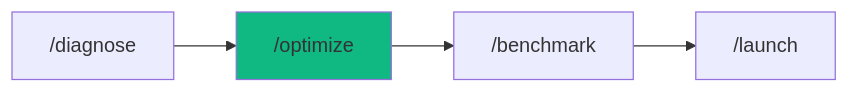
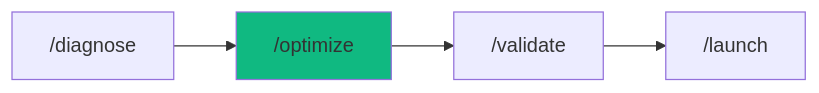
The diagram in .agent/workflows/optimize.md (pikakit/agent-skills), drawn with Mermaid before and after one commit. The commit also changed other lines of this file and 203 other files, not shown here.

````diff
--- a/.agent/workflows/optimize.md
+++ b/.agent/workflows/optimize.md
@@ -218,7 +218,7 @@
 ```mermaid
 graph LR
     A["/diagnose"] --> B["/optimize"]
-    B --> C["/benchmark"]
+    B --> C["/validate"]
     C --> D["/launch"]
     style B fill:#10b981
 ```
````
